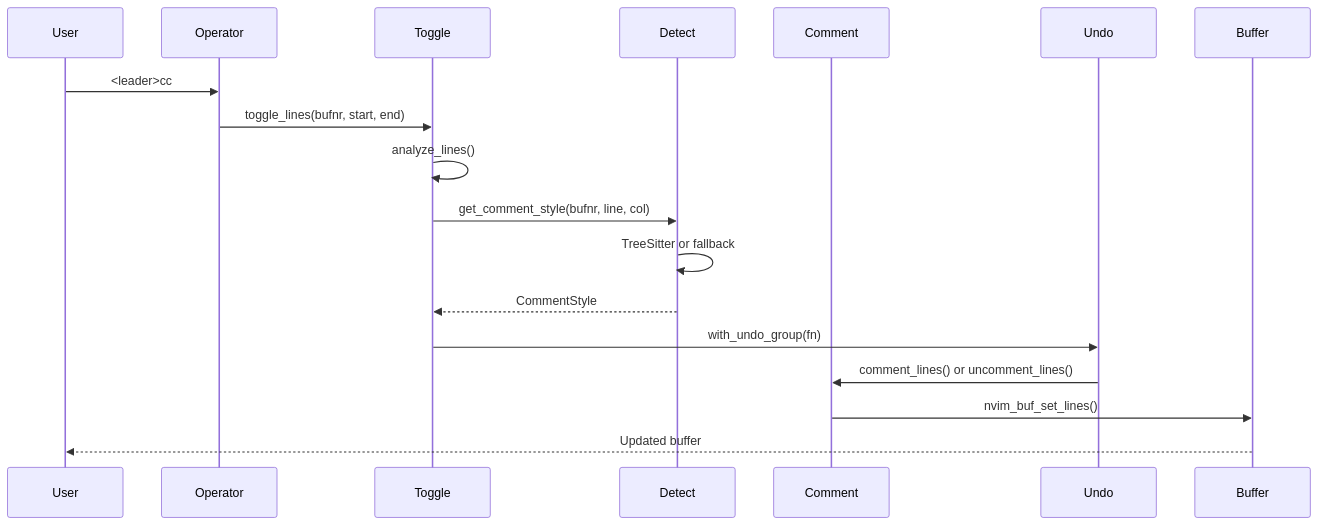
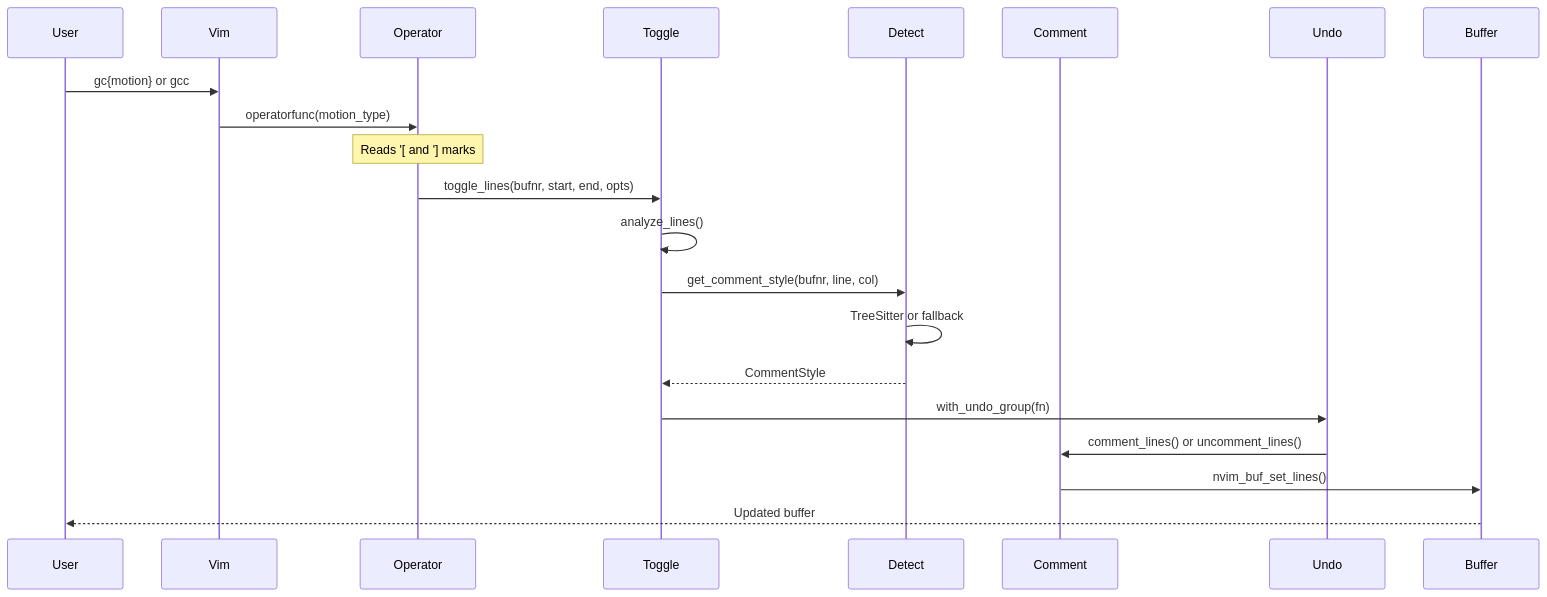
One commit to josstei/quill.nvim changed the fifth of 5 diagrams in docs/architecture.md. Above: the diagram before and after it, drawn with Mermaid. The commit also changed other lines of this file and 7 other files, not shown here.

First line of the commit message:
feat: implement gc/gcc as proper Vim operator via operatorfunc

````diff
--- a/docs/architecture.md
+++ b/docs/architecture.md
@@ -441,21 +453,24 @@
 ```mermaid
 sequenceDiagram
     participant User
+    participant Vim
     participant Operator
     participant Toggle
     participant Detect
     participant Comment
     participant Undo
     participant Buffer
 
-    User->>Operator: <leader>cc
-    Operator->>Toggle: toggle_lines(bufnr, start, end)
+    User->>Vim: gc{motion} or gcc
+    Vim->>Operator: operatorfunc(motion_type)
+    Note over Operator: Reads '[ and '] marks
+    Operator->>Toggle: toggle_lines(bufnr, start, end, opts)
     Toggle->>Toggle: analyze_lines()
     Toggle->>Detect: get_comment_style(bufnr, line, col)
     Detect->>Detect: TreeSitter or fallback
     Detect-->>Toggle: CommentStyle
     Toggle->>Undo: with_undo_group(fn)
     Undo->>Comment: comment_lines() or uncomment_lines()
     Comment->>Buffer: nvim_buf_set_lines()
     Buffer-->>User: Updated buffer
 ```
````
